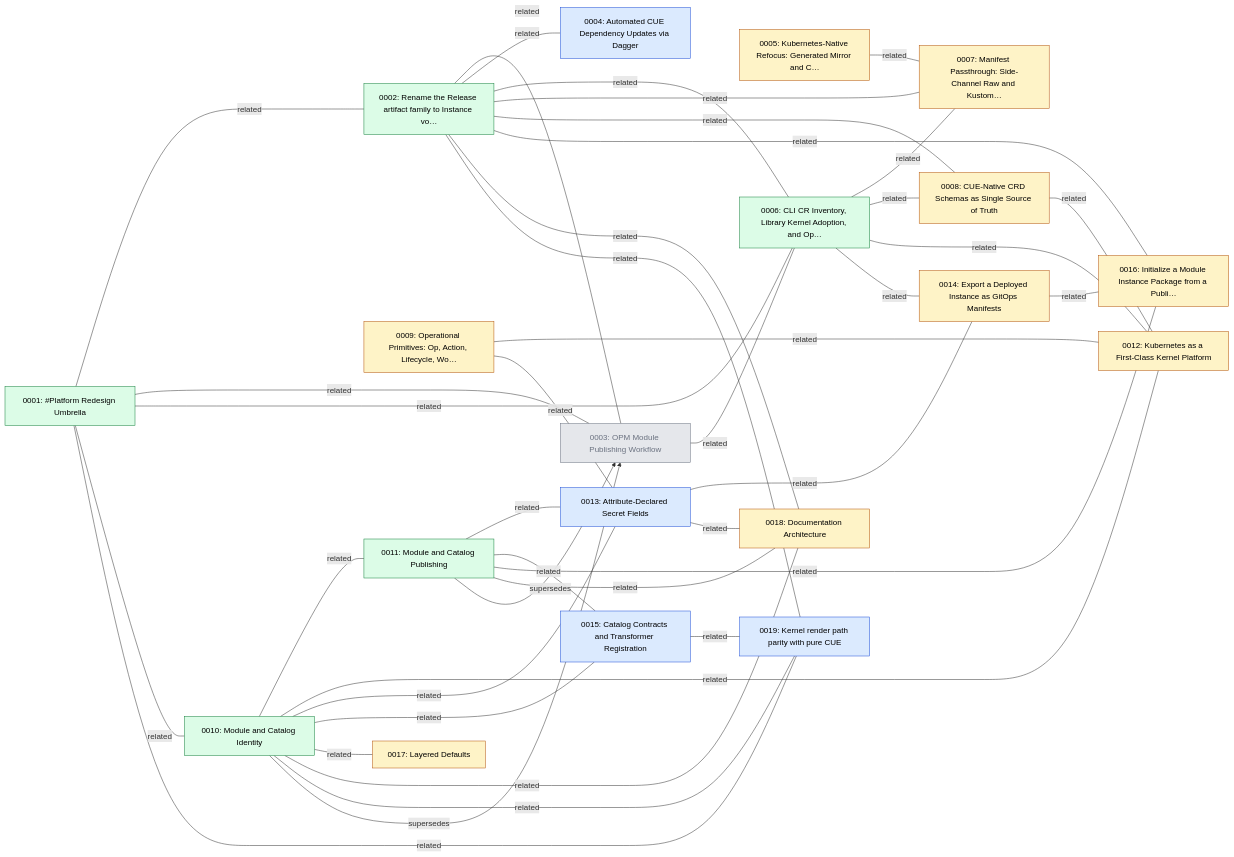
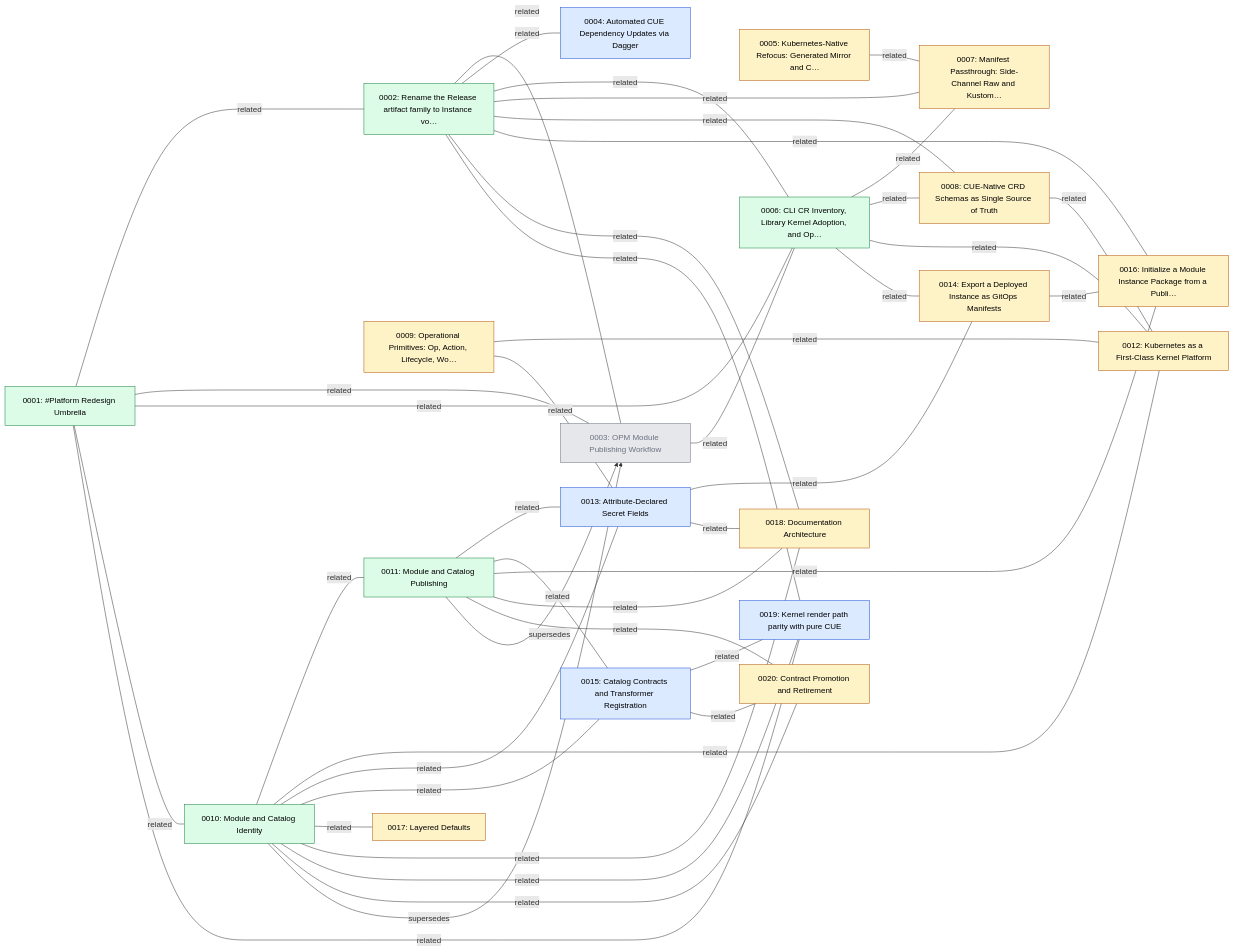
One commit to open-platform-model/enhancements changed the first of 2 diagrams in GRAPH.md. Above: the diagram before and after it, drawn with Mermaid. The commit also changed 16 other files, not shown here.

Commit message:
docs(0020): add contract promotion and retirement enhancement

````diff
--- a/GRAPH.md
+++ b/GRAPH.md
@@ -5,68 +5,72 @@
 ```mermaid
 graph LR
   classDef draft       fill:#fef3c7,stroke:#b45309,color:#000
   classDef accepted    fill:#dbeafe,stroke:#1d4ed8,color:#000
   classDef implemented fill:#dcfce7,stroke:#15803d,color:#000
   classDef superseded  fill:#e5e7eb,stroke:#6b7280,color:#6b7280
   classDef legacy      fill:#fafafa,stroke:#9ca3af,color:#6b7280,stroke-dasharray:3 3
 
   N0001["0001: #Platform Redesign Umbrella"]:::implemented
   N0002["0002: Rename the Release artifact family to Instance vo…"]:::implemented
   N0003["0003: OPM Module Publishing Workflow"]:::superseded
   N0004["0004: Automated CUE Dependency Updates via Dagger"]:::accepted
   N0005["0005: Kubernetes-Native Refocus: Generated Mirror and C…"]:::draft
   N0006["0006: CLI CR Inventory, Library Kernel Adoption, and Op…"]:::implemented
   N0007["0007: Manifest Passthrough: Side-Channel Raw and Kustom…"]:::draft
   N0008["0008: CUE-Native CRD Schemas as Single Source of Truth"]:::draft
   N0009["0009: Operational Primitives: Op, Action, Lifecycle, Wo…"]:::draft
   N0010["0010: Module and Catalog Identity"]:::implemented
   N0011["0011: Module and Catalog Publishing"]:::implemented
   N0012["0012: Kubernetes as a First-Class Kernel Platform"]:::draft
   N0013["0013: Attribute-Declared Secret Fields"]:::accepted
   N0014["0014: Export a Deployed Instance as GitOps Manifests"]:::draft
   N0015["0015: Catalog Contracts and Transformer Registration"]:::accepted
   N0016["0016: Initialize a Module Instance Package from a Publi…"]:::draft
   N0017["0017: Layered Defaults"]:::draft
   N0018["0018: Documentation Architecture"]:::draft
   N0019["0019: Kernel render path parity with pure CUE"]:::accepted
+  N0020["0020: Contract Promotion and Retirement"]:::draft
 
   N0001 ---|related| N0002
   N0001 ---|related| N0003
   N0001 ---|related| N0006
   N0001 ---|related| N0010
   N0001 ---|related| N0019
   N0002 ---|related| N0003
   N0002 ---|related| N0004
   N0002 ---|related| N0006
   N0002 ---|related| N0007
   N0002 ---|related| N0008
   N0002 ---|related| N0016
   N0002 ---|related| N0018
   N0002 ---|related| N0019
   N0003 ---|related| N0006
   N0005 ---|related| N0007
   N0006 ---|related| N0007
   N0006 ---|related| N0008
   N0006 ---|related| N0012
   N0006 ---|related| N0014
   N0008 ---|related| N0012
   N0009 ---|related| N0012
   N0009 ---|related| N0013
   N0010 ---|related| N0011
   N0010 ---|related| N0012
   N0010 ---|related| N0013
   N0010 ---|related| N0015
   N0010 ---|related| N0017
   N0010 ---|related| N0018
   N0010 ---|related| N0019
+  N0010 ---|related| N0020
   N0011 ---|related| N0013
   N0011 ---|related| N0015
   N0011 ---|related| N0016
   N0011 ---|related| N0018
+  N0011 ---|related| N0020
   N0013 ---|related| N0014
   N0013 ---|related| N0018
   N0014 ---|related| N0016
   N0015 ---|related| N0019
+  N0015 ---|related| N0020
   N0010 -->|supersedes| N0003
   N0011 -->|supersedes| N0003
 ```
````
